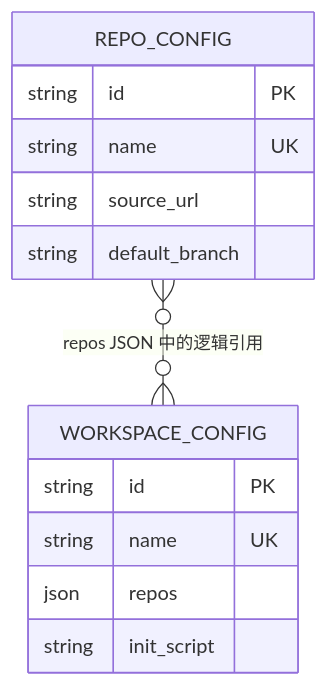
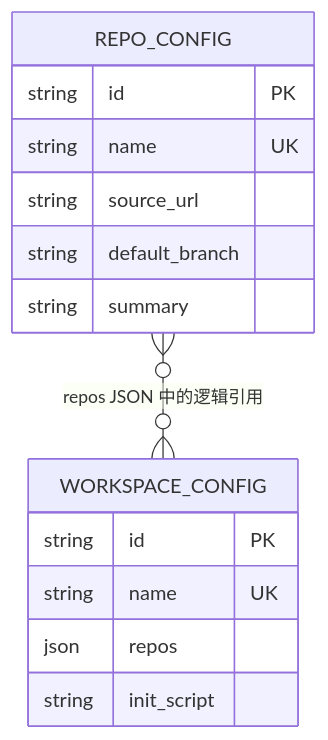
The second of 2 diagrams in docs/design.md (MaybeLL/workbox-cli), drawn with Mermaid before and after one commit. The commit also changed other lines of this file and 18 other files, not shown here.

````diff
--- a/docs/design.md
+++ b/docs/design.md
@@ -54,16 +55,17 @@
 ```mermaid
 erDiagram
     REPO_CONFIG }o--o{ WORKSPACE_CONFIG : "repos JSON 中的逻辑引用"
     REPO_CONFIG {
         string id PK
         string name UK
         string source_url
         string default_branch
+        string summary
     }
     WORKSPACE_CONFIG {
         string id PK
         string name UK
         json repos
         string init_script
     }
 ```
````
